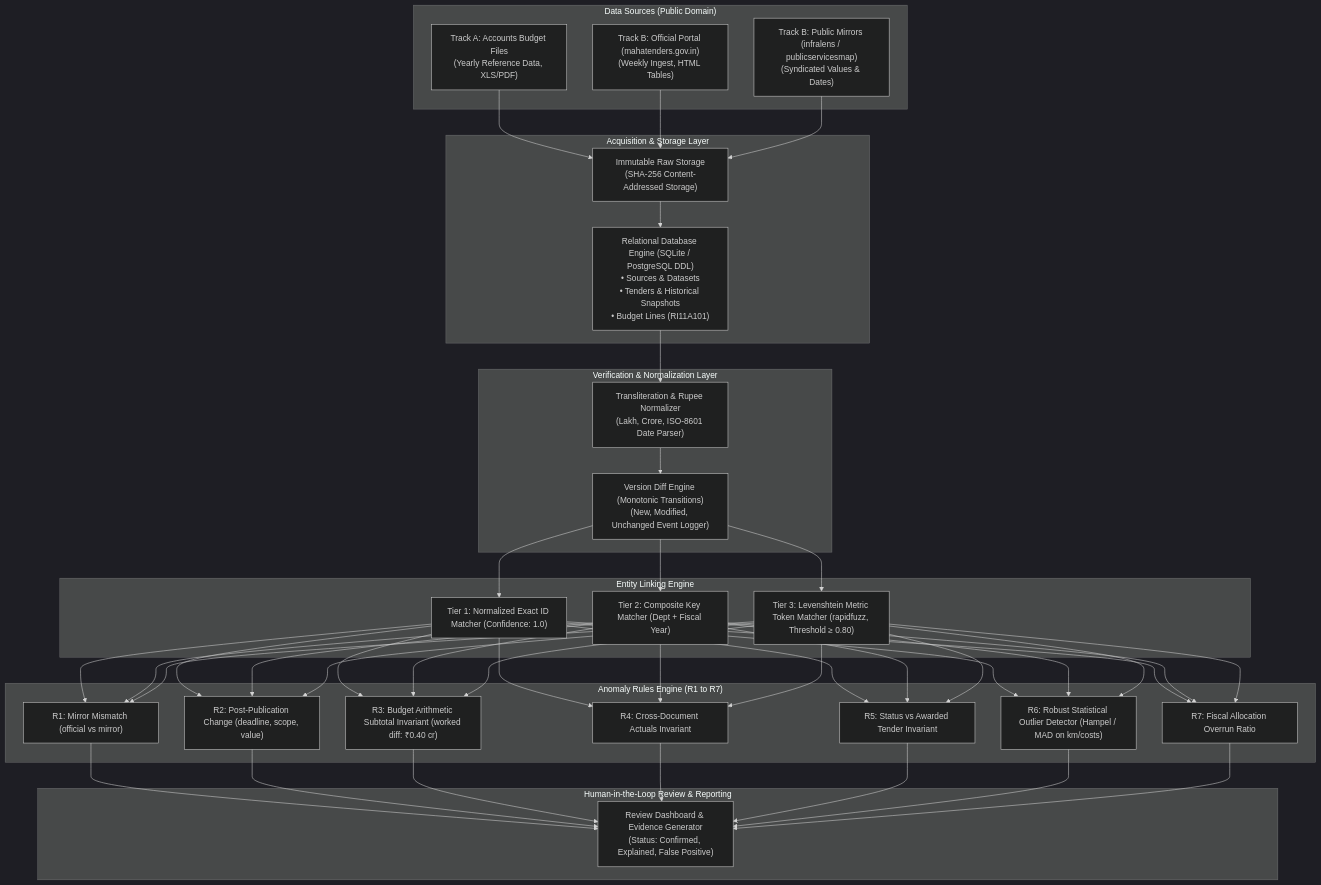
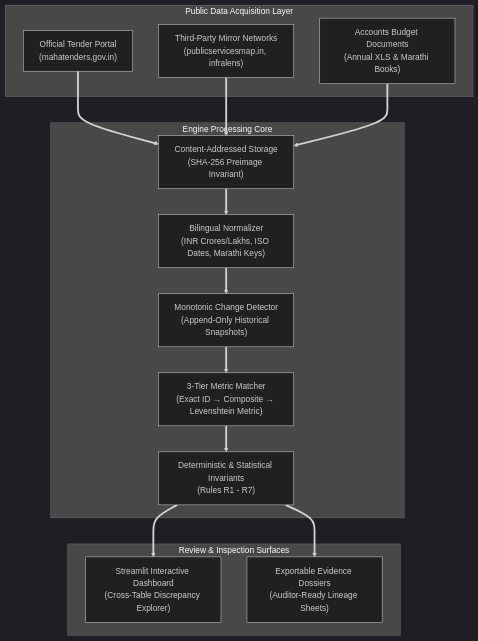
The diagram in README.md (HarshManjramkar/industry_proj), drawn with Mermaid (dark theme) before and after one commit. The commit also changed other lines of this file and 10 other files, not shown here.

````diff
--- a/README.md
+++ b/README.md
@@ -43,42 +40,25 @@
 ```mermaid
 flowchart TD
-    subgraph DataSources["Data Sources (Public Domain)"]
-        S1["Track A: Accounts Budget Files\n(Yearly Reference Data, XLS/PDF)"]
-        S2["Track B: Official Portal (mahatenders.gov.in)\n(Weekly Ingest, HTML Tables)"]
-        S3["Track B: Public Mirrors (infralens / publicservicesmap)\n(Syndicated Values & Dates)"]
+    subgraph DataSources["Public Data Acquisition Layer"]
+        DS1["Official Tender Portal\n(mahatenders.gov.in)"]
+        DS2["Third-Party Mirror Networks\n(publicservicesmap.in, infralens)"]
+        DS3["Accounts Budget Documents\n(Annual XLS & Marathi Books)"]
     end
 
-    subgraph AcquisitionLayer["Acquisition & Storage Layer"]
-        A1["Immutable Raw Storage\n(SHA-256 Content-Addressed Storage)"]
-        A2["Relational Database Engine (SQLite / PostgreSQL DDL)\n• Sources & Datasets\n• Tenders & Historical Snapshots\n• Budget Lines (RI11A101)"]
+    subgraph CoreEngine["Engine Processing Core"]
+        CS["Content-Addressed Storage\n(SHA-256 Preimage Invariant)"]
+        NORM["Bilingual Normalizer\n(INR Crores/Lakhs, ISO Dates, Marathi Keys)"]
+        DIFF["Monotonic Change Detector\n(Append-Only Historical Snapshots)"]
+        LINK["3-Tier Metric Matcher\n(Exact ID → Composite → Levenshtein Metric)"]
+        RULES["Deterministic & Statistical Invariants\n(Rules R1 - R7)"]
     end
 
-    subgraph ProcessingLayer["Verification & Normalization Layer"]
-        P1["Transliteration & Rupee Normalizer\n(Lakh, Crore, ISO-8601 Date Parser)"]
-        P2["Version Diff Engine (Monotonic Transitions)\n(New, Modified, Unchanged Event Logger)"]
+    subgraph OutputSurfaces["Review & Inspection Surfaces"]
+        DASH["Streamlit Interactive Dashboard\n(Cross-Table Discrepancy Explorer)"]
+        SHEET["Exportable Evidence Dossiers\n(Auditor-Ready Lineage Sheets)"]
     end
 
-    subgraph LinkingLayer["Entity Linking Engine"]
-        L1["Tier 1: Normalized Exact ID Matcher (Confidence: 1.0)"]
-        L2["Tier 2: Composite Key Matcher (Dept + Fiscal Year)"]
-        L3["Tier 3: Levenshtein Metric Token Matcher (rapidfuzz, Threshold ≥ 0.80)"]
-    end
-
-    subgraph AnomalyEngine["Anomaly Rules Engine (R1 to R7)"]
-        R1["R1: Mirror Mismatch (official vs mirror)"]
-        R2["R2: Post-Publication Change (deadline, scope, value)"]
-        R3["R3: Budget Arithmetic Subtotal Invariant (worked diff: ₹0.40 cr)"]
-        R4["R4: Cross-Document Actuals Invariant"]
-        R5["R5: Status vs Awarded Tender Invariant"]
-        R6["R6: Robust Statistical Outlier Detector (Hampel / MAD on km/costs)"]
-        R7["R7: Fiscal Allocation Overrun Ratio"]
-    end
-
-    subgraph ReviewLayer["Human-in-the-Loop Review & Reporting"]
-        UI["Review Dashboard & Evidence Generator\n(Status: Confirmed, Explained, False Positive)"]
-    end
-
-    S1 & S2 & S3 --> A1 --> A2
-    A2 --> P1 --> P2 --> L1 & L2 & L3
-    L1 & L2 & L3 --> R1 & R2 & R3 & R4 & R5 & R6 & R7 --> UI
+    DS1 & DS2 & DS3 ==> CS
+    CS ==> NORM ==> DIFF ==> LINK ==> RULES
+    RULES ==> DASH & SHEET
 ```
````
